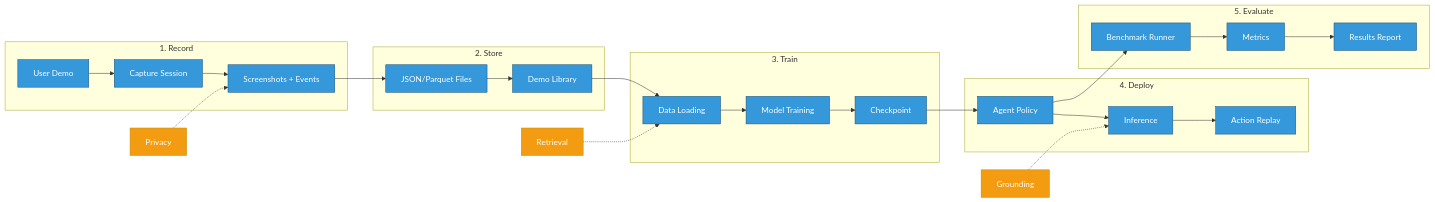
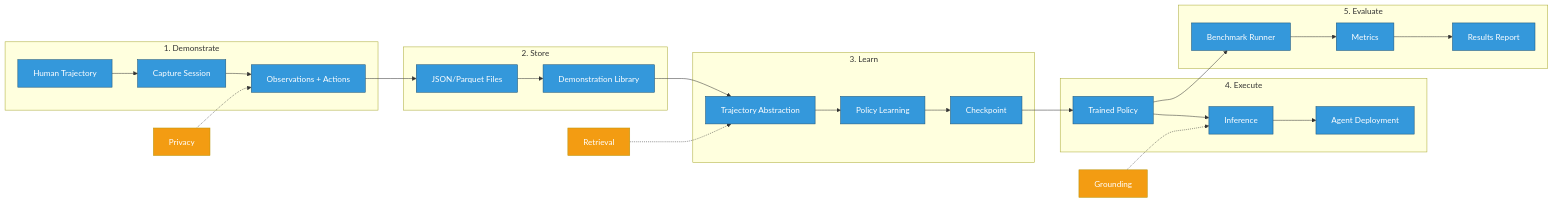
Before and after one commit to OpenAdaptAI/OpenAdapt: the second of 5 diagrams in docs/architecture.md, drawn with Mermaid. The commit also changed other lines of this file and 18 other files, not shown here.

````diff
--- a/docs/architecture.md
+++ b/docs/architecture.md
@@ -80,41 +80,41 @@
 ```mermaid
 flowchart LR
-    subgraph Record["1. Record"]
-        A[User Demo] --> B[Capture Session]
-        B --> C[Screenshots + Events]
+    subgraph Demonstrate["1. Demonstrate"]
+        A[Human Trajectory] --> B[Capture Session]
+        B --> C[Observations + Actions]
     end
 
     subgraph Store["2. Store"]
         C --> D[JSON/Parquet Files]
-        D --> E[Demo Library]
+        D --> E[Demonstration Library]
     end
 
-    subgraph Train["3. Train"]
-        E --> F[Data Loading]
-        F --> G[Model Training]
+    subgraph Learn["3. Learn"]
+        E --> F[Trajectory Abstraction]
+        F --> G[Policy Learning]
         G --> H[Checkpoint]
     end
 
-    subgraph Deploy["4. Deploy"]
-        H --> I[Agent Policy]
+    subgraph Execute["4. Execute"]
+        H --> I[Trained Policy]
         I --> J[Inference]
-        J --> K[Action Replay]
+        J --> K[Agent Deployment]
     end
 
     subgraph Evaluate["5. Evaluate"]
         I --> L[Benchmark Runner]
         L --> M[Metrics]
         M --> N[Results Report]
     end
 
     %% Optional enhancements
     GROUND[Grounding] -.-> J
     RETRIEVE[Retrieval] -.-> F
     PRIV[Privacy] -.-> C
 
     classDef phase fill:#3498DB,stroke:#1A5276,color:#fff
     classDef optional fill:#F39C12,stroke:#B7950B,color:#fff
 
     class A,B,C,D,E,F,G,H,I,J,K,L,M,N phase
     class GROUND,RETRIEVE,PRIV optional
 ```
````
